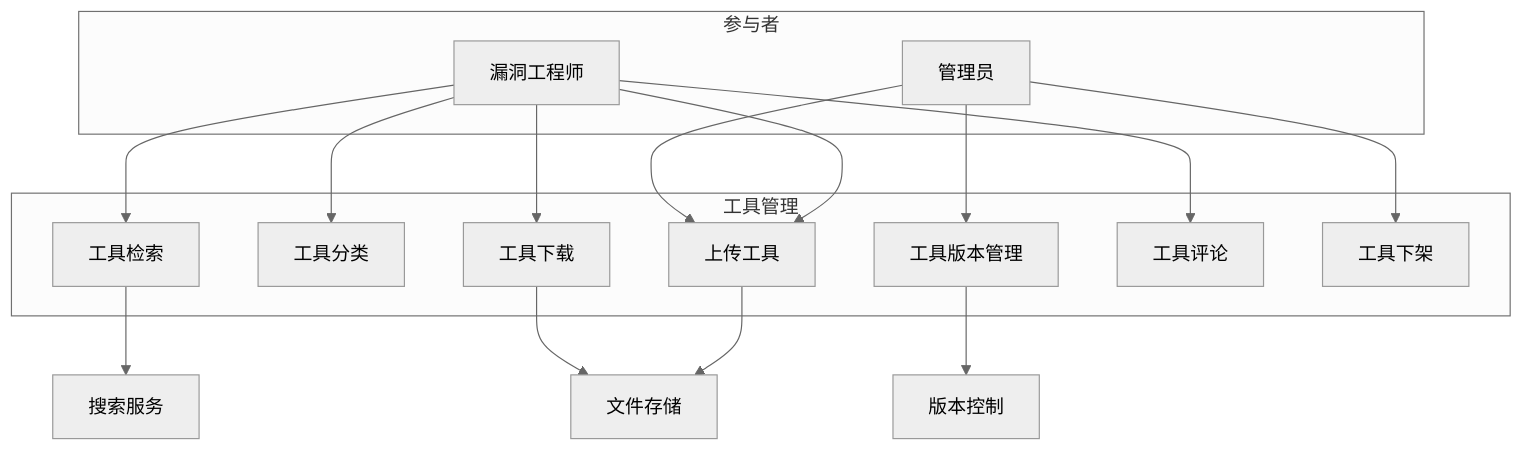
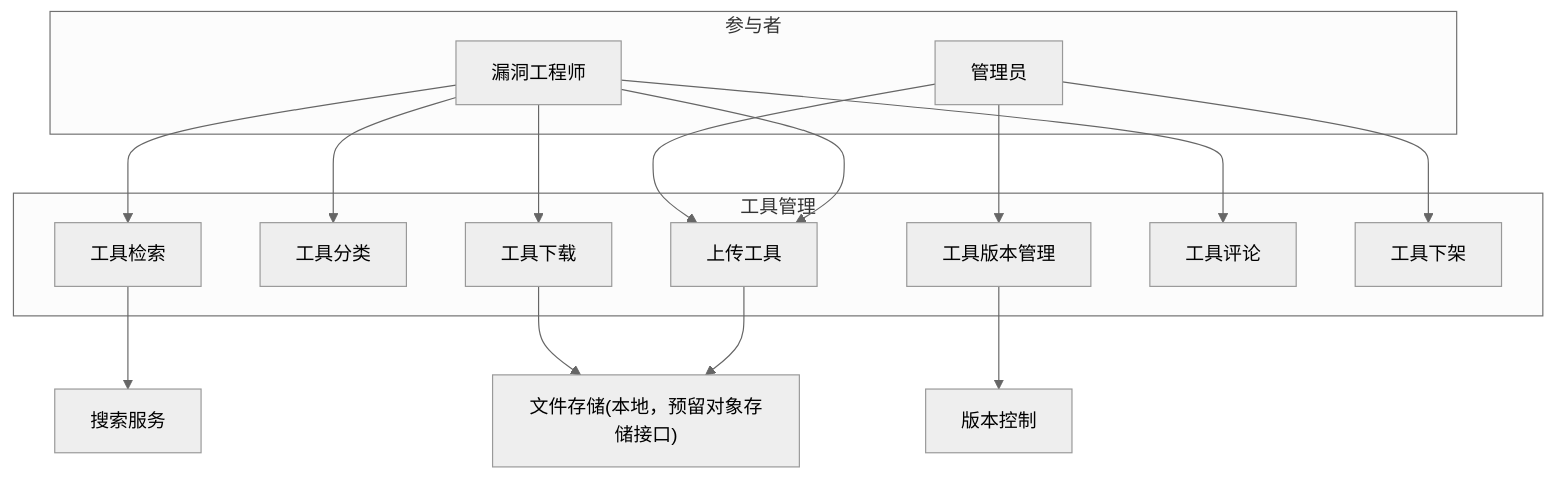
One commit to dayutech/Vuln-Audit-Lifecycle-Management changed the fifth of 8 diagrams in docs/design/use_case.md. Above: the diagram before and after it, drawn with Mermaid (neutral theme). The commit also changed other lines of this file and 46 other files, not shown here.

````diff
--- a/docs/design/use_case.md
+++ b/docs/design/use_case.md
@@ -271,32 +271,32 @@
 ```mermaid
 graph TD
     subgraph Actor["参与者"]
         Engineer["漏洞工程师"]
         Admin["管理员"]
     end
 
     subgraph Tool_Management["工具管理"]
         UC1["上传工具"]
         UC2["工具分类"]
         UC3["工具检索"]
         UC4["工具下载"]
         UC5["工具版本管理"]
         UC6["工具评论"]
         UC7["工具下架"]
     end
     
     Engineer --> UC1
     Engineer --> UC2
     Engineer --> UC3
     Engineer --> UC4
     Engineer --> UC6
     
     Admin --> UC1
     Admin --> UC5
     Admin --> UC7
     
-    UC1 --> FileStore["文件存储"]
+    UC1 --> FileStore["文件存储(本地，预留对象存储接口)"]
     UC3 --> Search["搜索服务"]
     UC4 --> FileStore
     UC5 --> Version["版本控制"]
 ```
````
